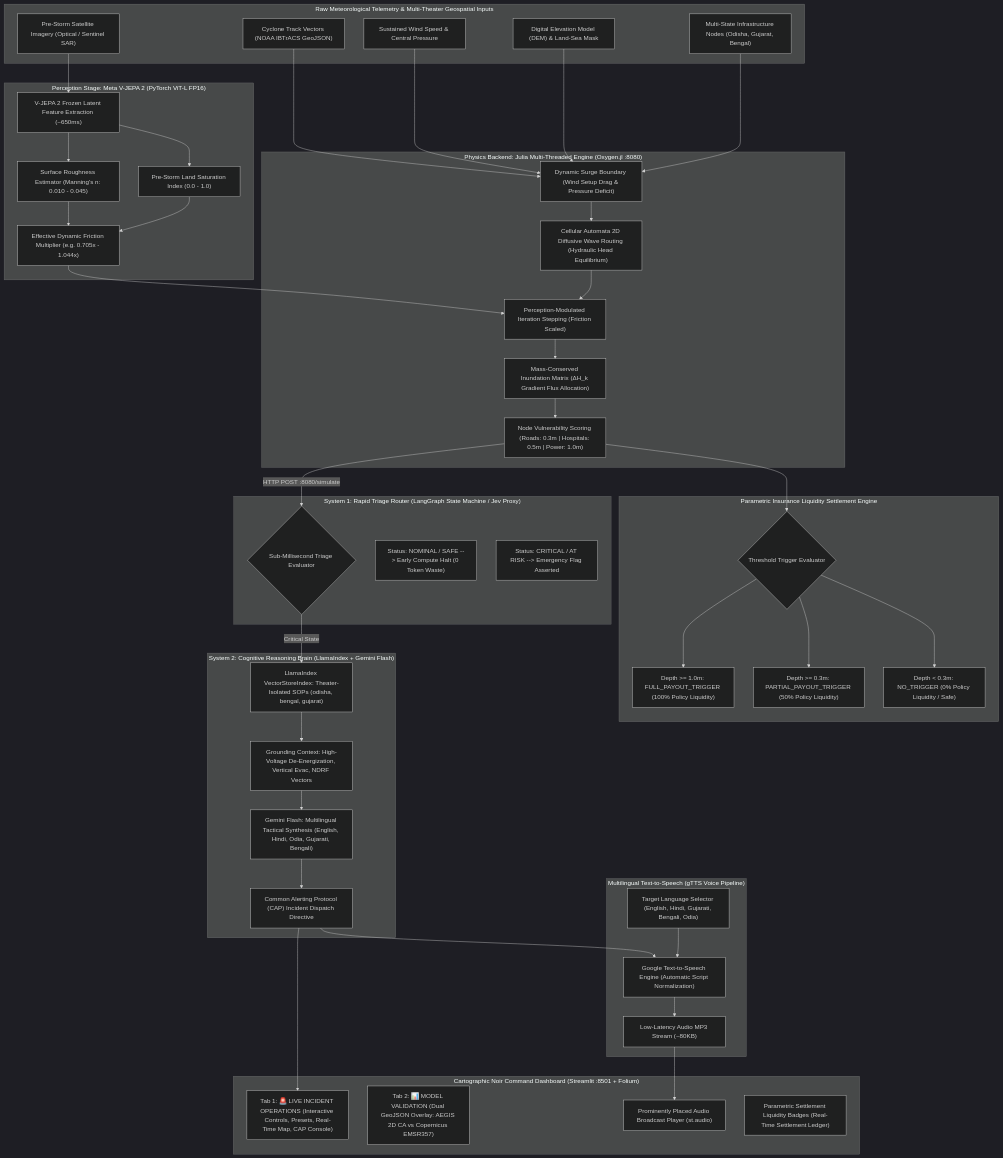
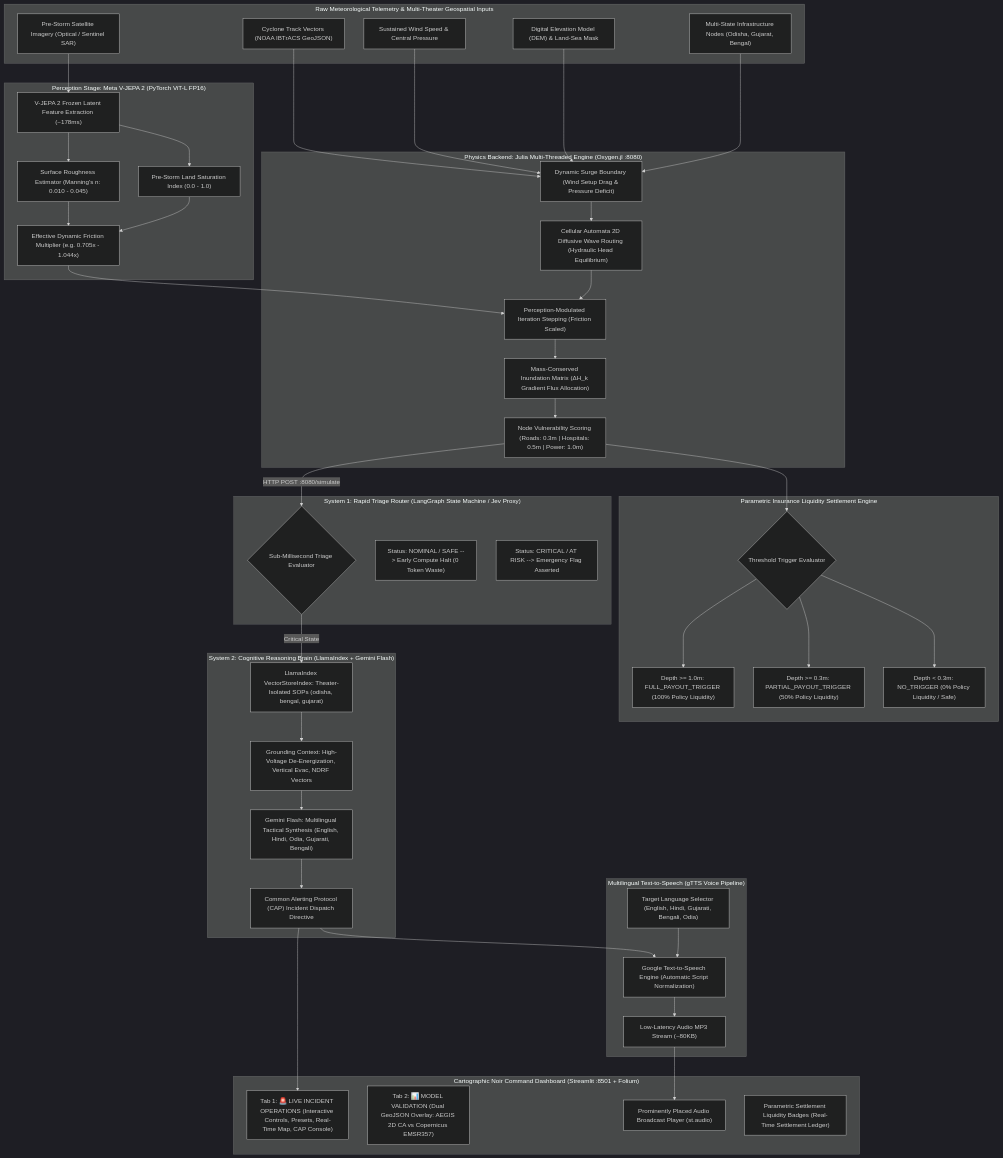
One commit to opensourcecodedesigner/cyclone changed the diagram in README.md. Above: the diagram before and after it, drawn with Mermaid (dark theme). The commit also changed other lines of this file, not shown here.

````diff
--- a/README.md
+++ b/README.md
@@ -45,71 +45,71 @@
 ```mermaid
 flowchart TD
     subgraph SATELLITE_GEOJSON ["Raw Meteorological Telemetry & Multi-Theater Geospatial Inputs"]
         A1["Cyclone Track Vectors (NOAA IBTrACS GeoJSON)"]
         A2["Sustained Wind Speed & Central Pressure"]
         A3["Digital Elevation Model (DEM) & Land-Sea Mask"]
         A4["Pre-Storm Satellite Imagery (Optical / Sentinel SAR)"]
         A5["Multi-State Infrastructure Nodes (Odisha, Gujarat, Bengal)"]
     end
 
     subgraph PERCEPTION ["Perception Stage: Meta V-JEPA 2 (PyTorch ViT-L FP16)"]
-        V1["V-JEPA 2 Frozen Latent Feature Extraction (~650ms)"]
+        V1["V-JEPA 2 Frozen Latent Feature Extraction (~178ms)"]
         V2["Surface Roughness Estimator (Manning's n: 0.010 - 0.045)"]
         V3["Pre-Storm Land Saturation Index (0.0 - 1.0)"]
         V4["Effective Dynamic Friction Multiplier (e.g. 0.705x - 1.044x)"]
     end
 
     subgraph ENGINE_JULIA ["Physics Backend: Julia Multi-Threaded Engine (Oxygen.jl :8080)"]
         B1["Dynamic Surge Boundary (Wind Setup Drag & Pressure Deficit)"]
         B2["Cellular Automata 2D Diffusive Wave Routing (Hydraulic Head Equilibrium)"]
         B3["Perception-Modulated Iteration Stepping (Friction Scaled)"]
         B4["Mass-Conserved Inundation Matrix (ΔH_k Gradient Flux Allocation)"]
         B5["Node Vulnerability Scoring (Roads: 0.3m | Hospitals: 0.5m | Power: 1.0m)"]
     end
 
     subgraph INSURANCE ["Parametric Insurance Liquidity Settlement Engine"]
         INS1{"Threshold Trigger Evaluator"}
         INS2["Depth >= 1.0m: FULL_PAYOUT_TRIGGER (100% Policy Liquidity)"]
         INS3["Depth >= 0.3m: PARTIAL_PAYOUT_TRIGGER (50% Policy Liquidity)"]
         INS4["Depth < 0.3m: NO_TRIGGER (0% Policy Liquidity / Safe)"]
     end
 
     subgraph SYSTEM_1 ["System 1: Rapid Triage Router (LangGraph State Machine / Jev Proxy)"]
         C1{"Sub-Millisecond Triage Evaluator"}
         C2["Status: NOMINAL / SAFE --> Early Compute Halt (0 Token Waste)"]
         C3["Status: CRITICAL / AT RISK --> Emergency Flag Asserted"]
     end
 
     subgraph SYSTEM_2 ["System 2: Cognitive Reasoning Brain (LlamaIndex + Gemini Flash)"]
         D1["LlamaIndex VectorStoreIndex: Theater-Isolated SOPs (odisha, bengal, gujarat)"]
         D2["Grounding Context: High-Voltage De-Energization, Vertical Evac, NDRF Vectors"]
         D3["Gemini Flash: Multilingual Tactical Synthesis (English, Hindi, Odia, Gujarati, Bengali)"]
         D4["Common Alerting Protocol (CAP) Incident Dispatch Directive"]
     end
 
     subgraph VOICE_BROADCAST ["Multilingual Text-to-Speech (gTTS Voice Pipeline)"]
         T1["Target Language Selector (English, Hindi, Gujarati, Bengali, Odia)"]
         T2["Google Text-to-Speech Engine (Automatic Script Normalization)"]
         T3["Low-Latency Audio MP3 Stream (~80KB)"]
     end
 
     subgraph CONSOLE ["Cartographic Noir Command Dashboard (Streamlit :8501 + Folium)"]
         E1["Tab 1: 🚨 LIVE INCIDENT OPERATIONS (Interactive Controls, Presets, Real-Time Map, CAP Console)"]
         E2["Tab 2: 📊 MODEL VALIDATION (Dual GeoJSON Overlay: AEGIS 2D CA vs Copernicus EMSR357)"]
         E3["Prominently Placed Audio Broadcast Player (st.audio)"]
         E4["Parametric Settlement Liquidity Badges (Real-Time Settlement Ledger)"]
     end
 
     A4 --> V1 --> V2 & V3 --> V4
     A1 & A2 & A3 & A5 --> B1
     V4 --> B3
     B1 --> B2 --> B3 --> B4 --> B5
     B5 --> INS1
     INS1 --> INS2 & INS3 & INS4
     B5 -- "HTTP POST :8080/simulate" --> C1
     C1 -- "Critical State" --> D1
     D1 --> D2 --> D3 --> D4
     D4 & T1 --> T2 --> T3
     D4 --> E1
     T3 --> E3
 ```
````
